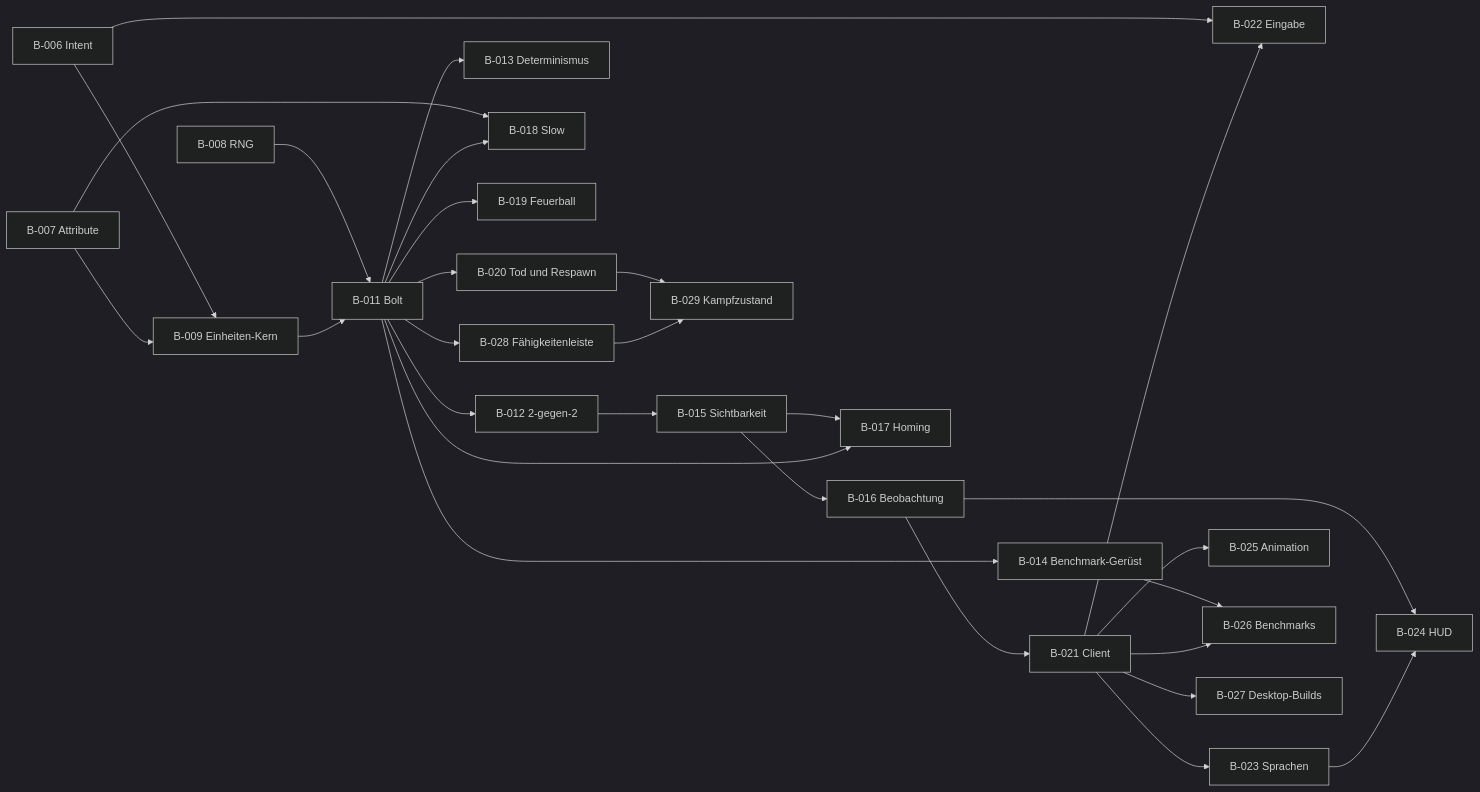
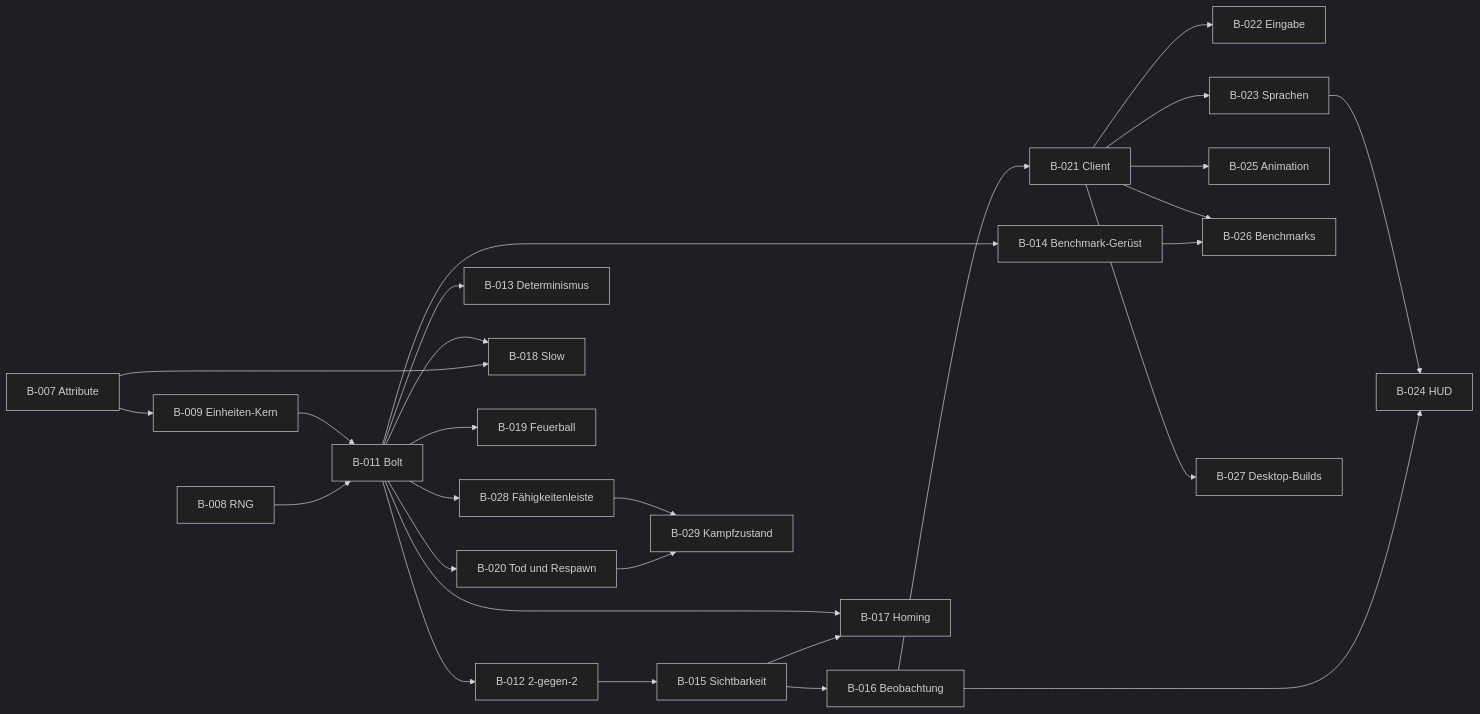
The diagram in docs/backlog.md (MagierSpieleSchmiede/mage-game), drawn with Mermaid (dark theme) before and after one commit. The commit also changed other lines of this file and 8 other files, not shown here.

````diff
--- a/docs/backlog.md
+++ b/docs/backlog.md
@@ -74,34 +73,31 @@
 ```mermaid
 flowchart LR
   B008["B-008 RNG"]
-  B006["B-006 Intent"]
   B007["B-007 Attribute"]
-  B006 --> B009["B-009 Einheiten-Kern"]
-  B007 --> B009
+  B007 --> B009["B-009 Einheiten-Kern"]
   B008 --> B011["B-011 Bolt"]
   B009 --> B011
   B011 --> B012["B-012 2-gegen-2"]
   B011 --> B013["B-013 Determinismus"]
   B011 --> B014["B-014 Benchmark-Gerüst"]
   B012 --> B015["B-015 Sichtbarkeit"]
   B015 --> B016["B-016 Beobachtung"]
   B015 --> B017["B-017 Homing"]
   B011 --> B017
   B007 --> B018["B-018 Slow"]
   B011 --> B018
   B011 --> B019["B-019 Feuerball"]
   B011 --> B020["B-020 Tod und Respawn"]
   B011 --> B028["B-028 Fähigkeitenleiste"]
   B020 --> B029["B-029 Kampfzustand"]
   B028 --> B029
   B016 --> B021["B-021 Client"]
-  B006 --> B022["B-022 Eingabe"]
-  B021 --> B022
+  B021 --> B022["B-022 Eingabe"]
   B021 --> B023["B-023 Sprachen"]
   B016 --> B024["B-024 HUD"]
   B023 --> B024
   B021 --> B025["B-025 Animation"]
   B014 --> B026["B-026 Benchmarks"]
   B021 --> B026
   B021 --> B027["B-027 Desktop-Builds"]
 ```
````
